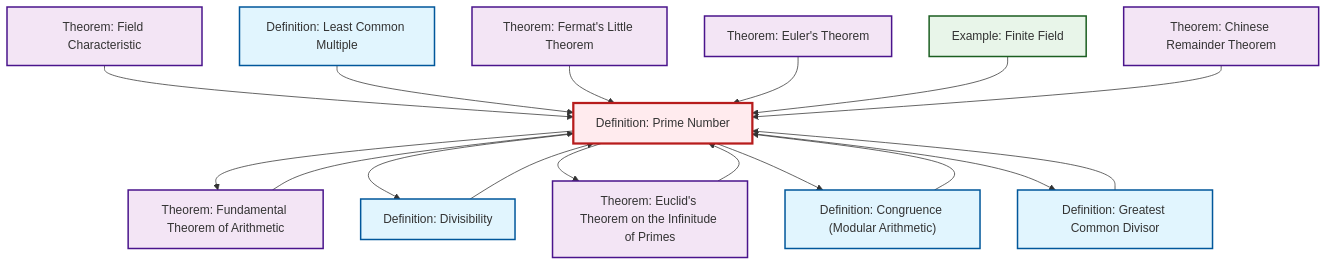
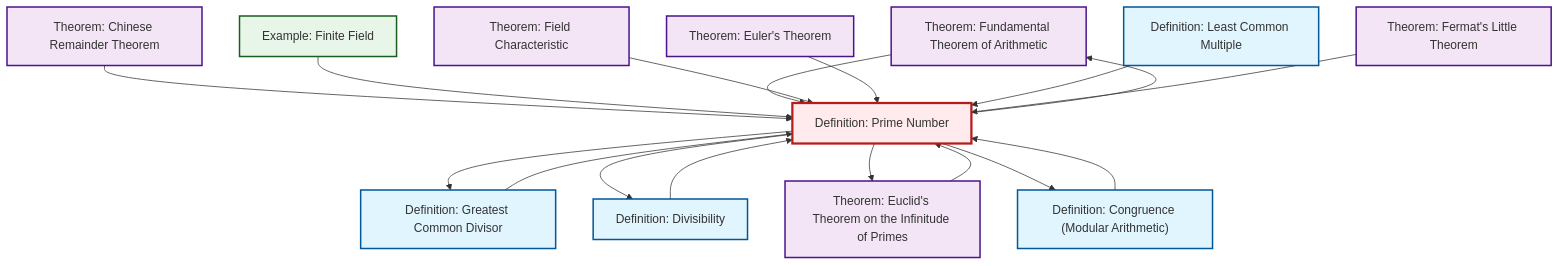
Before and after one commit to RK0429/ModernMath: the diagram in content/en/number-theory/def-prime.qmd, drawn with Mermaid. The commit also changed other lines of this file and 328 other files, not shown here.

````diff
--- a/content/en/number-theory/def-prime.qmd
+++ b/content/en/number-theory/def-prime.qmd
@@ -65,49 +65,49 @@
 ```{mermaid}
 %%| fig-cap: "Local dependency graph"
 graph TD
     classDef definition fill:#e1f5fe,stroke:#01579b,stroke-width:2px
     classDef theorem fill:#f3e5f5,stroke:#4a148c,stroke-width:2px
     classDef axiom fill:#fff3e0,stroke:#e65100,stroke-width:2px
     classDef example fill:#e8f5e9,stroke:#1b5e20,stroke-width:2px
     classDef current fill:#ffebee,stroke:#b71c1c,stroke-width:3px
+    thm-fundamental-arithmetic["Theorem: Fundamental Theorem of Arithmetic"]:::theorem
+    thm-chinese-remainder["Theorem: Chinese Remainder Theorem"]:::theorem
+    thm-euler["Theorem: Euler's Theorem"]:::theorem
+    thm-field-characteristic["Theorem: Field Characteristic"]:::theorem
     def-lcm["Definition: Least Common Multiple"]:::definition
-    thm-fundamental-arithmetic["Theorem: Fundamental Theorem of Arithmetic"]:::theorem
     thm-fermat-little["Theorem: Fermat's Little Theorem"]:::theorem
-    thm-field-characteristic["Theorem: Field Characteristic"]:::theorem
-    thm-euler["Theorem: Euler's Theorem"]:::theorem
+    def-divisibility["Definition: Divisibility"]:::definition
+    def-congruence["Definition: Congruence (Modular Arithmetic)"]:::definition
+    def-gcd["Definition: Greatest Common Divisor"]:::definition
     thm-euclid-infinitude-primes["Theorem: Euclid's Theorem on the Infinitude of Primes"]:::theorem
-    def-congruence["Definition: Congruence (Modular Arithmetic)"]:::definition
+    def-prime["Definition: Prime Number"]:::definition
     ex-finite-field["Example: Finite Field"]:::example
-    def-prime["Definition: Prime Number"]:::definition
-    def-gcd["Definition: Greatest Common Divisor"]:::definition
-    thm-chinese-remainder["Theorem: Chinese Remainder Theorem"]:::theorem
-    def-divisibility["Definition: Divisibility"]:::definition
     def-congruence --> def-prime
+    thm-chinese-remainder --> def-prime
+    ex-finite-field --> def-prime
+    def-divisibility --> def-prime
+    def-prime --> def-gcd
+    def-prime --> thm-fundamental-arithmetic
+    thm-fundamental-arithmetic --> def-prime
+    def-prime --> def-divisibility
+    thm-field-characteristic --> def-prime
+    def-prime --> thm-euclid-infinitude-primes
+    def-prime --> def-congruence
+    thm-euler --> def-prime
     def-gcd --> def-prime
-    thm-field-characteristic --> def-prime
+    thm-euclid-infinitude-primes --> def-prime
     def-lcm --> def-prime
     thm-fermat-little --> def-prime
-    thm-fundamental-arithmetic --> def-prime
-    def-divisibility --> def-prime
-    def-prime --> thm-fundamental-arithmetic
-    def-prime --> def-divisibility
-    thm-euclid-infinitude-primes --> def-prime
-    def-prime --> thm-euclid-infinitude-primes
-    thm-euler --> def-prime
-    def-prime --> def-congruence
-    def-prime --> def-gcd
-    ex-finite-field --> def-prime
-    thm-chinese-remainder --> def-prime
     class def-prime current
+    click thm-fundamental-arithmetic "thm-fundamental-arithmetic.html" "Go to Fundamental Theorem of Arithmetic theorem"
+    click thm-chinese-remainder "thm-chinese-remainder.html" "Go to Chinese Remainder Theorem theorem"
+    click thm-euler "thm-euler.html" "Go to Euler's Theorem theorem"
+    click thm-field-characteristic "thm-field-characteristic.html" "Go to Field Characteristic theorem"
     click def-lcm "def-lcm.html" "Go to Least Common Multiple definition"
-    click thm-fundamental-arithmetic "thm-fundamental-arithmetic.html" "Go to Fundamental Theorem of Arithmetic theorem"
     click thm-fermat-little "thm-fermat-little.html" "Go to Fermat's Little Theorem theorem"
-    click thm-field-characteristic "thm-field-characteristic.html" "Go to Field Characteristic theorem"
-    click thm-euler "thm-euler.html" "Go to Euler's Theorem theorem"
+    click def-divisibility "def-divisibility.html" "Go to Divisibility definition"
+    click def-congruence "def-congruence.html" "Go to Congruence (Modular Arithmetic) definition"
+    click def-gcd "def-gcd.html" "Go to Greatest Common Divisor definition"
     click thm-euclid-infinitude-primes "thm-euclid-infinitude-primes.html" "Go to Euclid's Theorem on the Infinitude of Primes theorem"
-    click def-congruence "def-congruence.html" "Go to Congruence (Modular Arithmetic) definition"
     click ex-finite-field "ex-finite-field.html" "Go to Finite Field example"
-    click def-gcd "def-gcd.html" "Go to Greatest Common Divisor definition"
-    click thm-chinese-remainder "thm-chinese-remainder.html" "Go to Chinese Remainder Theorem theorem"
-    click def-divisibility "def-divisibility.html" "Go to Divisibility definition"
 ```
````
